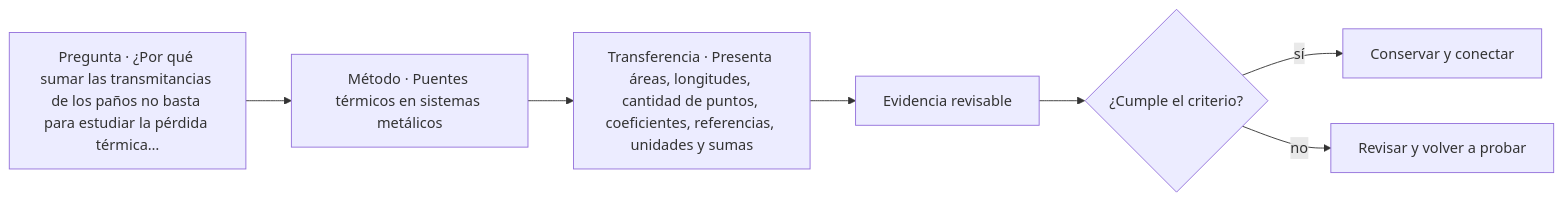
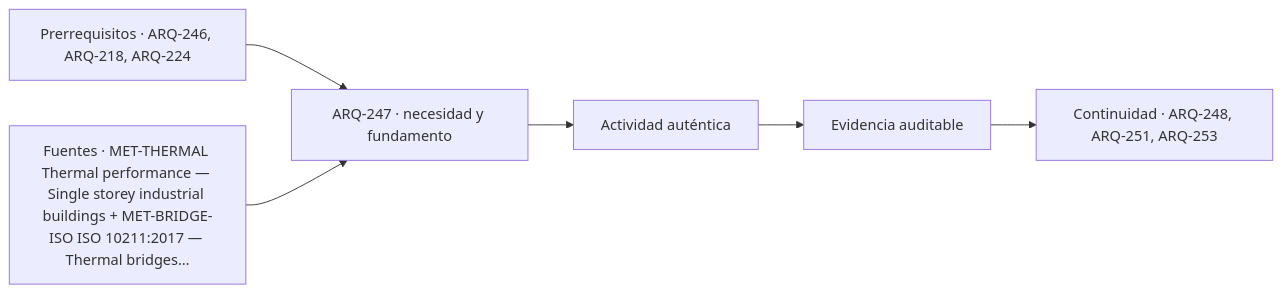
The diagram in classes/parte-25/ARQ-247.md (vladimiracunadev-create/architecture-built-environment-learning-program), drawn with Mermaid before and after one commit. The commit also changed other lines of this file and 761 other files, not shown here.

````diff
--- a/classes/parte-25/ARQ-247.md
+++ b/classes/parte-25/ARQ-247.md
@@ -124,9 +136,8 @@
 ```mermaid
 flowchart LR
-    Q["Pregunta · ¿Por qué sumar las transmitancias de los paños no basta para estudiar la pérdida térmica…"] --> M["Método · Puentes térmicos en sistemas metálicos"]
-    M --> P["Transferencia · Presenta áreas, longitudes, cantidad de puntos, coeficientes, referencias, unidades y sumas"]
-    P --> E["Evidencia revisable"]
-    E --> C{"¿Cumple el criterio?"}
-    C -->|sí| T["Conservar y conectar"]
-    C -->|no| R["Revisar y volver a probar"]
+    A["Prerrequisitos · ARQ-246, ARQ-218, ARQ-224"] --> B["ARQ-247 · necesidad y fundamento"]
+    S["Fuentes · MET-THERMAL Thermal performance — Single storey industrial buildings + MET-BRIDGE-ISO ISO 10211:2017 — Thermal bridges…"] --> B
+    B --> C["Actividad auténtica"]
+    C --> D["Evidencia auditable"]
+    D --> E["Continuidad · ARQ-248, ARQ-251, ARQ-253"]
 ```
````
